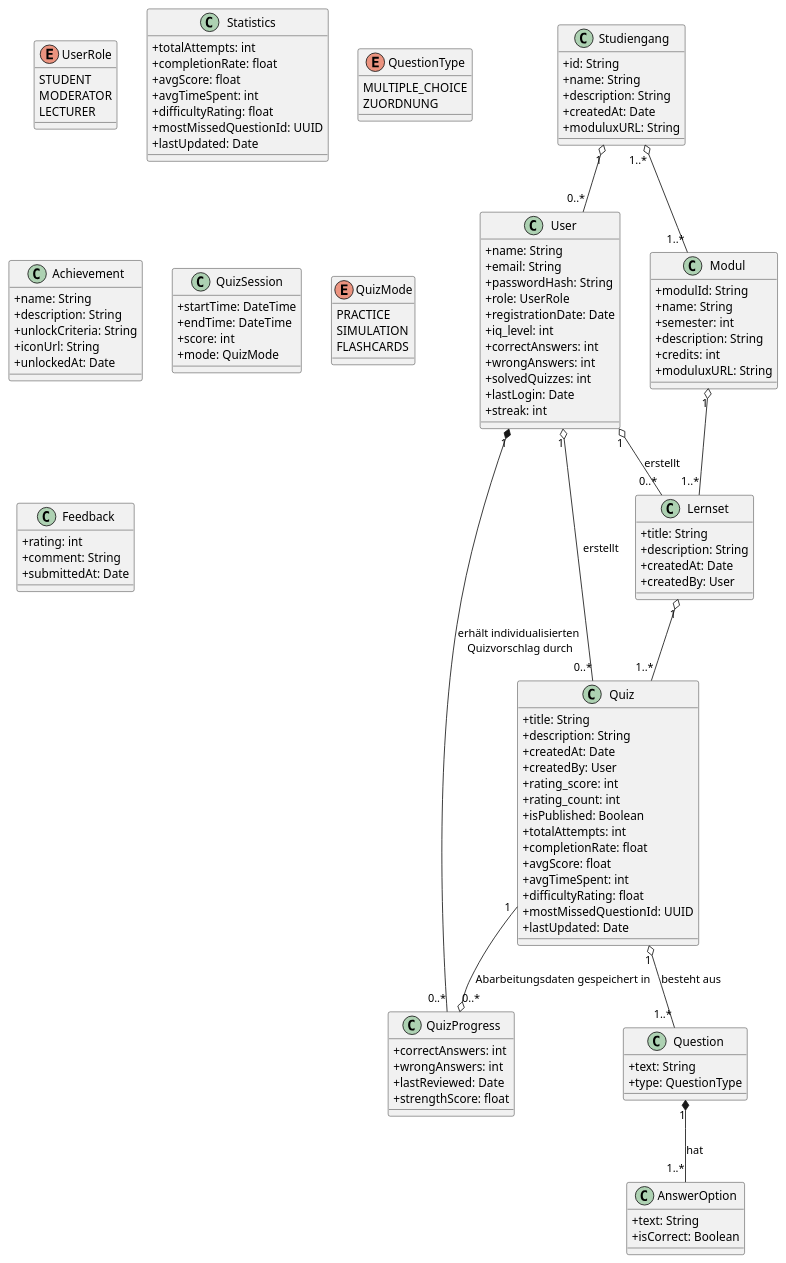
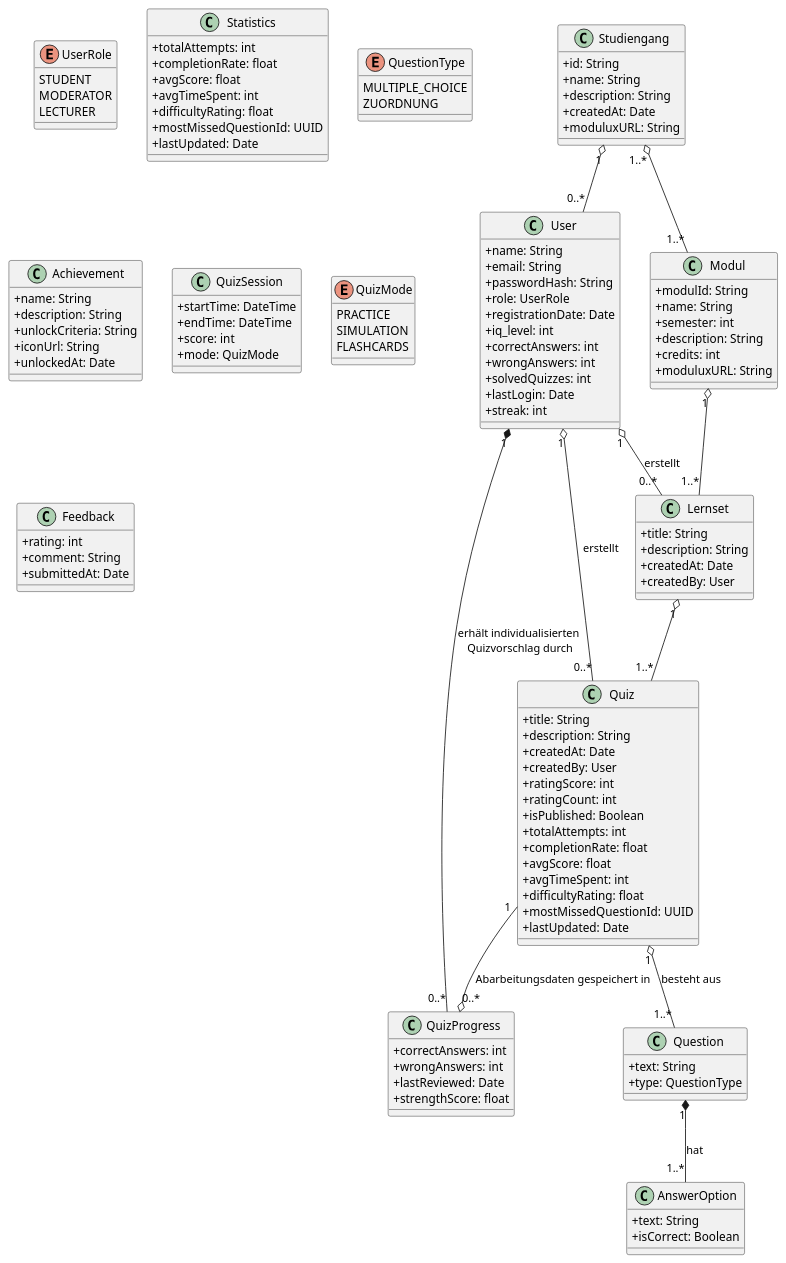
The diagram in docs/requirements/images/dommodell.puml (Gorg-tech/StudIQ), drawn with PlantUML before and after one commit.

Commit message:
camelCase statt snake_case

```diff
--- a/docs/requirements/images/dommodell.puml
+++ b/docs/requirements/images/dommodell.puml
@@ -1,155 +1,155 @@
 @startuml
 skinparam classAttributeIconSize 0
 
 ' ----------------------------
 '      Entitäten / Klassen
 ' ----------------------------
 
 class User {
   +name: String
   +email: String
   +passwordHash: String
   +role: UserRole
   +registrationDate: Date
   +iq_level: int
   +correctAnswers: int
   +wrongAnswers: int
   +solvedQuizzes: int 
   +lastLogin: Date
   'zusätzliche Speicherung der solvedQuizzes, 
   'da bei Referenz auf Quiz nach Löschen dieses Probleme entstehen
   +streak: int
 }
 
 enum UserRole {
   STUDENT
   MODERATOR
   LECTURER
 }
 
 class Modul {
   +modulId: String
   +name: String
   +semester: int
   +description: String
   +credits: int
   +moduluxURL: String
 }
 
 class Lernset {
   +title: String
   +description: String
   +createdAt: Date
   +createdBy: User
 }
 
 class Quiz {
   +title: String
   +description: String
   +createdAt: Date
   +createdBy: User
-  +rating_score: int
-  +rating_count: int
+  +ratingScore: int
+  +ratingCount: int
   +isPublished: Boolean
   +totalAttempts: int
   +completionRate: float
   +avgScore: float
   +avgTimeSpent: int
   +difficultyRating: float
   +mostMissedQuestionId: UUID
   +lastUpdated: Date
 }
 
 class Statistics {
   +totalAttempts: int
   +completionRate: float
   +avgScore: float
   +avgTimeSpent: int
   +difficultyRating: float
   +mostMissedQuestionId: UUID
   +lastUpdated: Date
 }
 
 class Question {
   +text: String
   +type: QuestionType
 }
 
 enum QuestionType {
   MULTIPLE_CHOICE
   'FREITEXT
   ZUORDNUNG
 }
 
 class AnswerOption {
   +text: String
   +isCorrect: Boolean
 }
 
 class QuizProgress {
   +correctAnswers: int
   +wrongAnswers: int
   +lastReviewed: Date
   +strengthScore: float
 }
 
 class Achievement {
   +name: String
   +description: String
   +unlockCriteria: String
   +iconUrl: String
   +unlockedAt: Date
 }
 
 class QuizSession {
   +startTime: DateTime
   +endTime: DateTime
   +score: int
   +mode: QuizMode
 }
 
 enum QuizMode {
   PRACTICE
   SIMULATION
   FLASHCARDS
 }
 
 class Feedback {
   +rating: int
   +comment: String
   +submittedAt: Date
 }
 
 class Studiengang {
   +id: String
   +name: String
   +description: String
   +createdAt: Date
   +moduluxURL: String
 }
 
 
 ' ----------------------------
 '      Beziehungen
 ' ----------------------------
 User "1" *-- "0..*" QuizProgress : erhält individualisierten\n Quizvorschlag durch
 'User "1" *-- "0..*" QuizSession
 'User "1" o-- "0..*" Feedback
 'User "1" o-- "0..*" Achievement : erhält
 User "1" o-- "0..*" Quiz : erstellt
 User "1" o-- "0..*" Lernset : erstellt
 Studiengang "1" o-- "0..*" User
 
 'User "1" -- "0..*" StudyGroup : istMitglied
 'StudyGroup "1" -- "0..*" QuizSession : gemeinsameQuizze
 
 Modul "1" o-- "1..*" Lernset
 Lernset "1" o-- "1..*" Quiz
 Quiz "1" o-- "1..*" Question : besteht aus
 Question "1" *-- "1..*" AnswerOption : hat
 'Quiz "1" *-- "0..*" Feedback
 Quiz "1" --o "0..*" QuizProgress : Abarbeitungsdaten gespeichert in
 'Quiz "1" -- "1" Statistics : aggregierte Nutzungsdaten
 'Quiz "0..*" -- "1" LearningHistory : Referenz auf 
 Studiengang "1..*" o-- "1..*" Modul 
 @enduml
```
